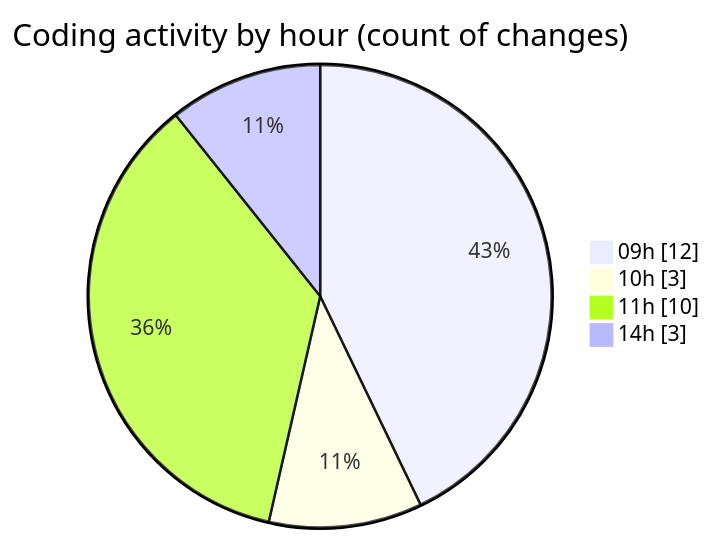
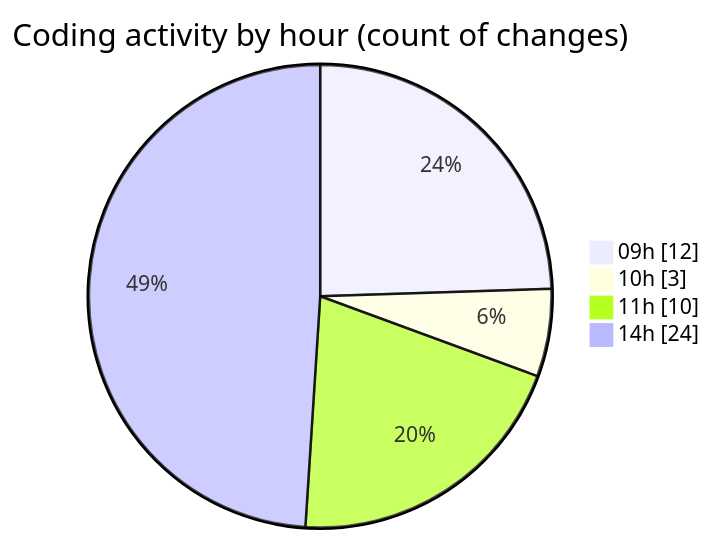
The second of 2 diagrams in 2025-03-08/myws__workspace_/README.md (MatusMokan/code-tracking), drawn with Mermaid before and after one commit. The commit also changed other lines of this file and 1 other file, not shown here.

````diff
--- a/2025-03-08/myws__workspace_/README.md
+++ b/2025-03-08/myws__workspace_/README.md
@@ -29,8 +30,8 @@
 ```mermaid
 pie showData
 title Coding activity by hour (count of changes)
 "09h" : 12
 "10h" : 3
 "11h" : 10
-"14h" : 3
+"14h" : 24
 ```
````
